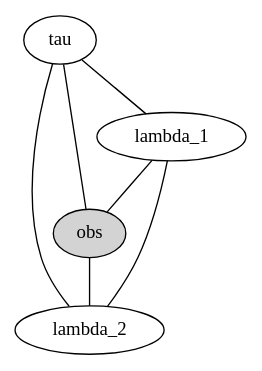
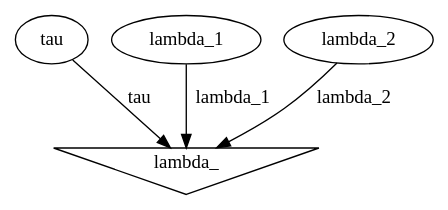
The diagram in Bayesianism/PYMC examples/MCMC.dot (hillbs/Differential-Equations-and-Linear-Algebra), drawn with Graphviz before and after one commit. The commit also changed 6 other files, not shown here.

```diff
--- a/Bayesianism/PYMC examples/MCMC.dot
+++ b/Bayesianism/PYMC examples/MCMC.dot
@@ -1,12 +1,9 @@
 digraph G {
-obs [style=filled];
+lambda_ [shape=invtriangle];
+tau;
+tau -> lambda_  [label=tau];
+lambda_1;
+lambda_1 -> lambda_  [label=lambda_1];
 lambda_2;
-tau;
-lambda_1;
-tau -> lambda_2  [arrowhead=none];
-obs -> lambda_2  [arrowhead=none];
-lambda_1 -> lambda_2  [arrowhead=none];
-lambda_1 -> obs  [arrowhead=none];
-tau -> obs  [arrowhead=none];
-tau -> lambda_1  [arrowhead=none];
+lambda_2 -> lambda_  [label=lambda_2];
 }
```
